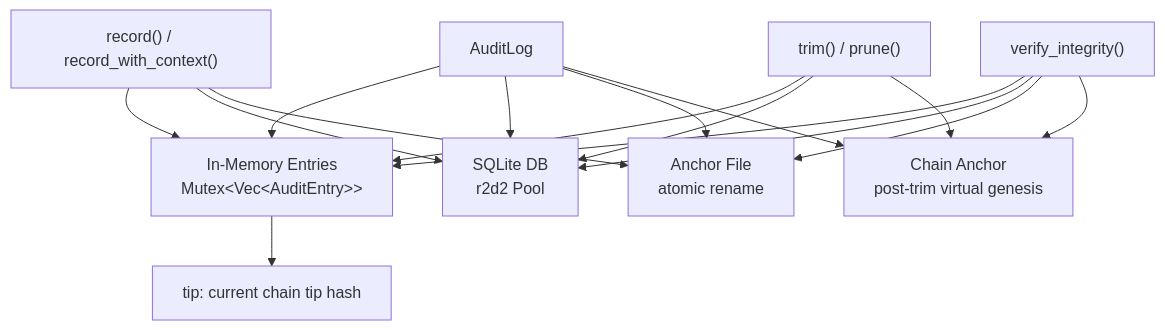
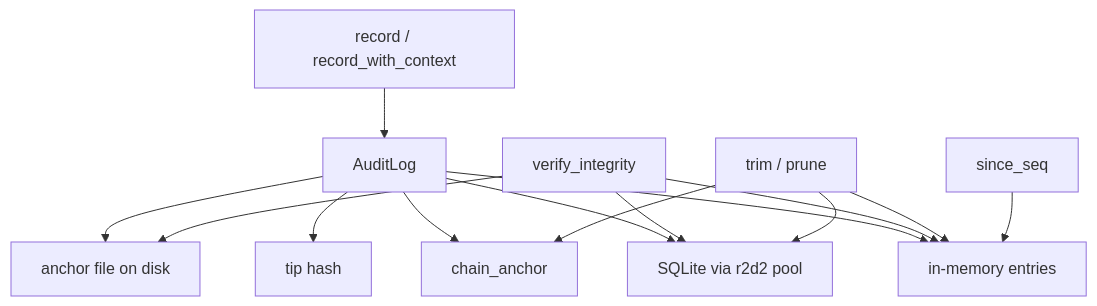
The diagram in other-librefang-runtime-audit-src.md (leszek3737/librefang-WIki), drawn with Mermaid before and after one commit. The commit also changed other lines of this file and 122 other files, not shown here.

````diff
--- a/other-librefang-runtime-audit-src.md
+++ b/other-librefang-runtime-audit-src.md
@@ -9,18 +9,16 @@
 ```mermaid
 graph TD
-    A[AuditLog] --> B[In-Memory Entries<br/>Mutex&lt;Vec&lt;AuditEntry&gt;&gt;]
-    A --> C[SQLite DB<br/>r2d2 Pool]
-    A --> D[Anchor File<br/>atomic rename]
-    A --> E[Chain Anchor<br/>post-trim virtual genesis]
-    B --> F[tip: current chain tip hash]
-    record["record() / record_with_context()"] --> B
-    record --> C
-    record --> D
-    G["trim() / prune()"] --> B
-    G --> C
-    G --> E
-    H["verify_integrity()"] --> B
-    H --> C
-    H --> D
+    A[AuditLog] --> B[in-memory entries]
+    A --> C[tip hash]
+    A --> D[chain_anchor]
+    A --> E[SQLite via r2d2 pool]
+    A --> F[anchor file on disk]
+    G[record / record_with_context] --> A
+    H[verify_integrity] --> B
     H --> E
+    H --> F
+    I[trim / prune] --> B
+    I --> E
+    I --> D
+    J[since_seq] --> B
 ```
````
